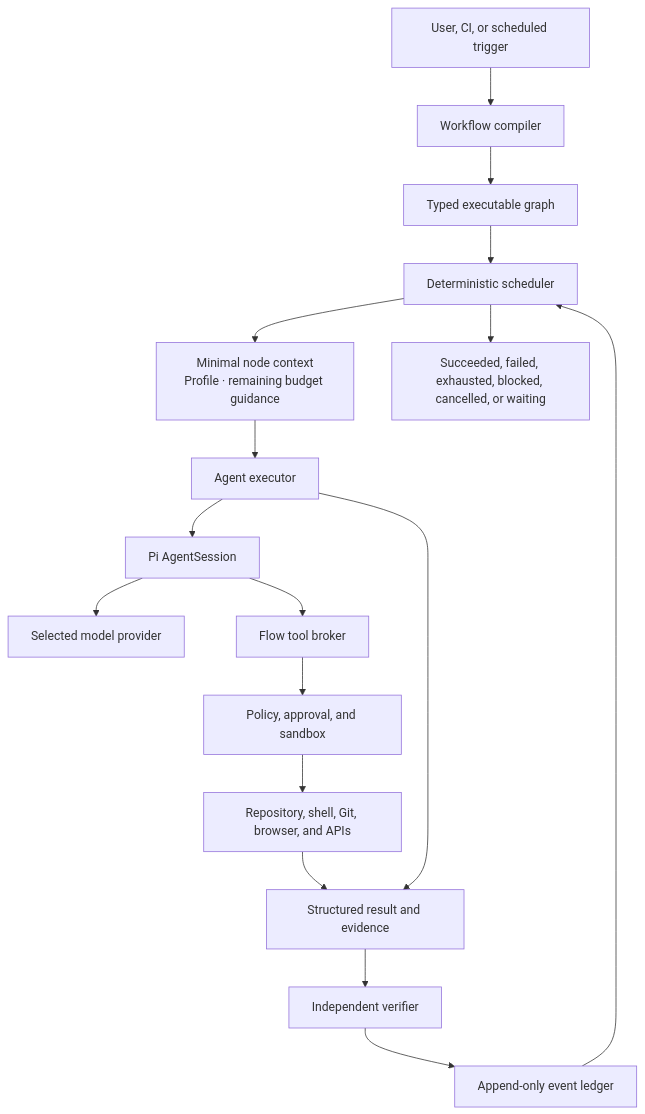
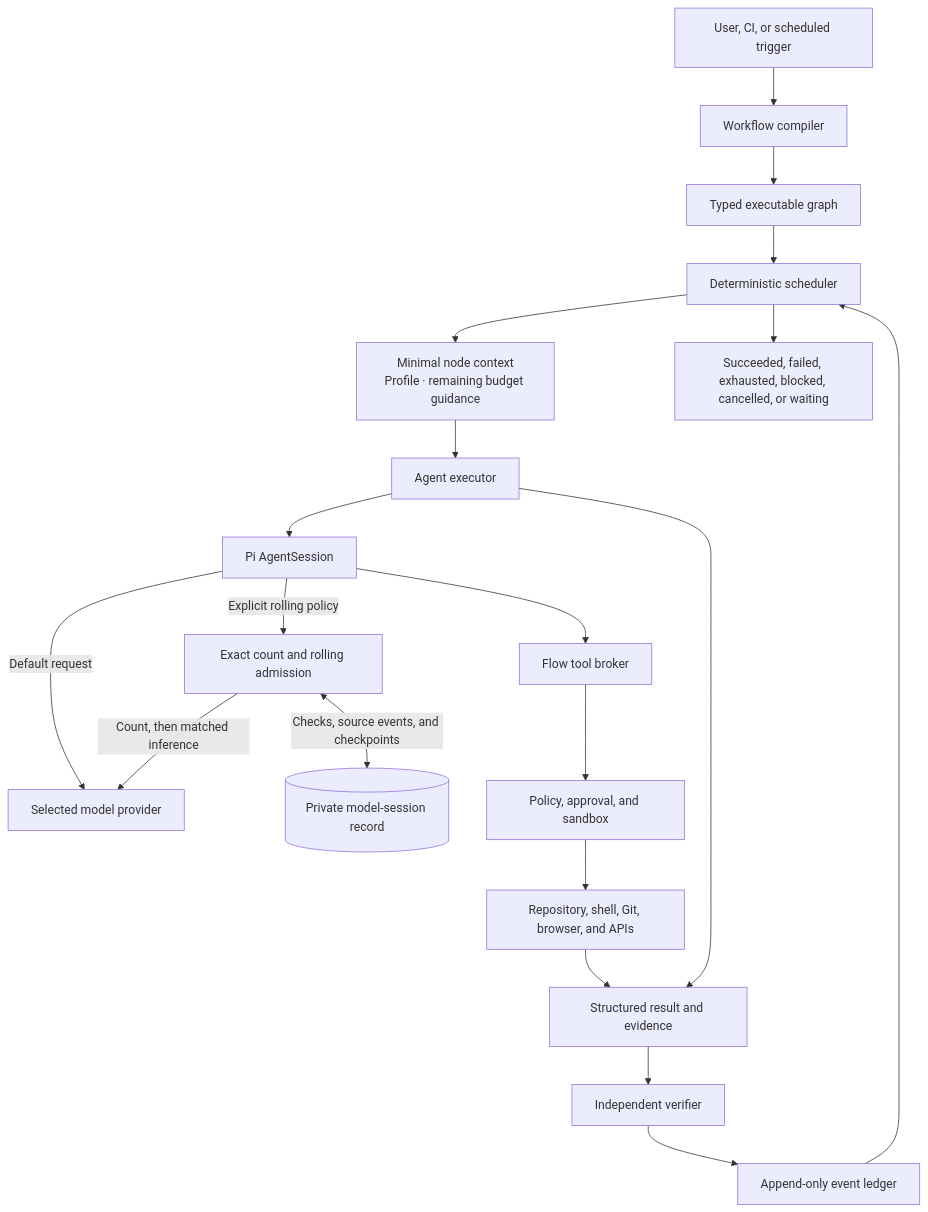
The second of 2 diagrams in docs/architecture.md (synaptiai/flow-harness), drawn with Mermaid before and after one commit. The commit also changed other lines of this file and 65 other files, not shown here.

First line of the commit message:
feat: keep long model sessions within provider capacity (#191)

````diff
--- a/docs/architecture.md
+++ b/docs/architecture.md
@@ -460,19 +477,22 @@
 ```mermaid
 flowchart TD
     trigger["User, CI, or scheduled trigger"] --> compiler["Workflow compiler"]
     compiler --> typedGraph["Typed executable graph"]
     typedGraph --> scheduler["Deterministic scheduler"]
     scheduler --> context["Minimal node context<br/>Profile · remaining budget guidance"]
     context --> executor["Agent executor"]
     executor --> pi["Pi AgentSession"]
-    pi --> provider["Selected model provider"]
+    pi -->|"Default request"| provider["Selected model provider"]
+    pi -->|"Explicit rolling policy"| rollingAdmission["Exact count and rolling admission"]
+    rollingAdmission -->|"Count, then matched inference"| provider
+    rollingAdmission <-->|"Checks, source events, and checkpoints"| privateSession[("Private model-session record")]
     pi --> broker["Flow tool broker"]
     broker --> policy["Policy, approval, and sandbox"]
     policy --> environment["Repository, shell, Git, browser, and APIs"]
     executor --> evidence["Structured result and evidence"]
     environment --> evidence
     evidence --> verifier["Independent verifier"]
     verifier --> ledger["Append-only event ledger"]
     ledger --> scheduler
     scheduler --> terminal["Succeeded, failed, exhausted, blocked, cancelled, or waiting"]
 ```
````
